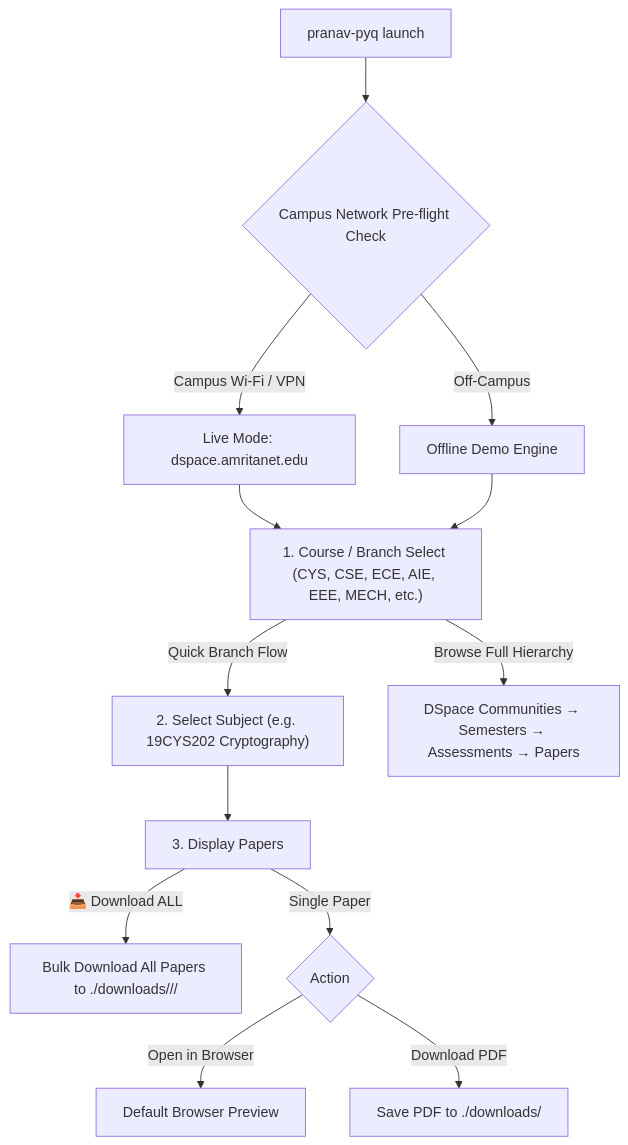
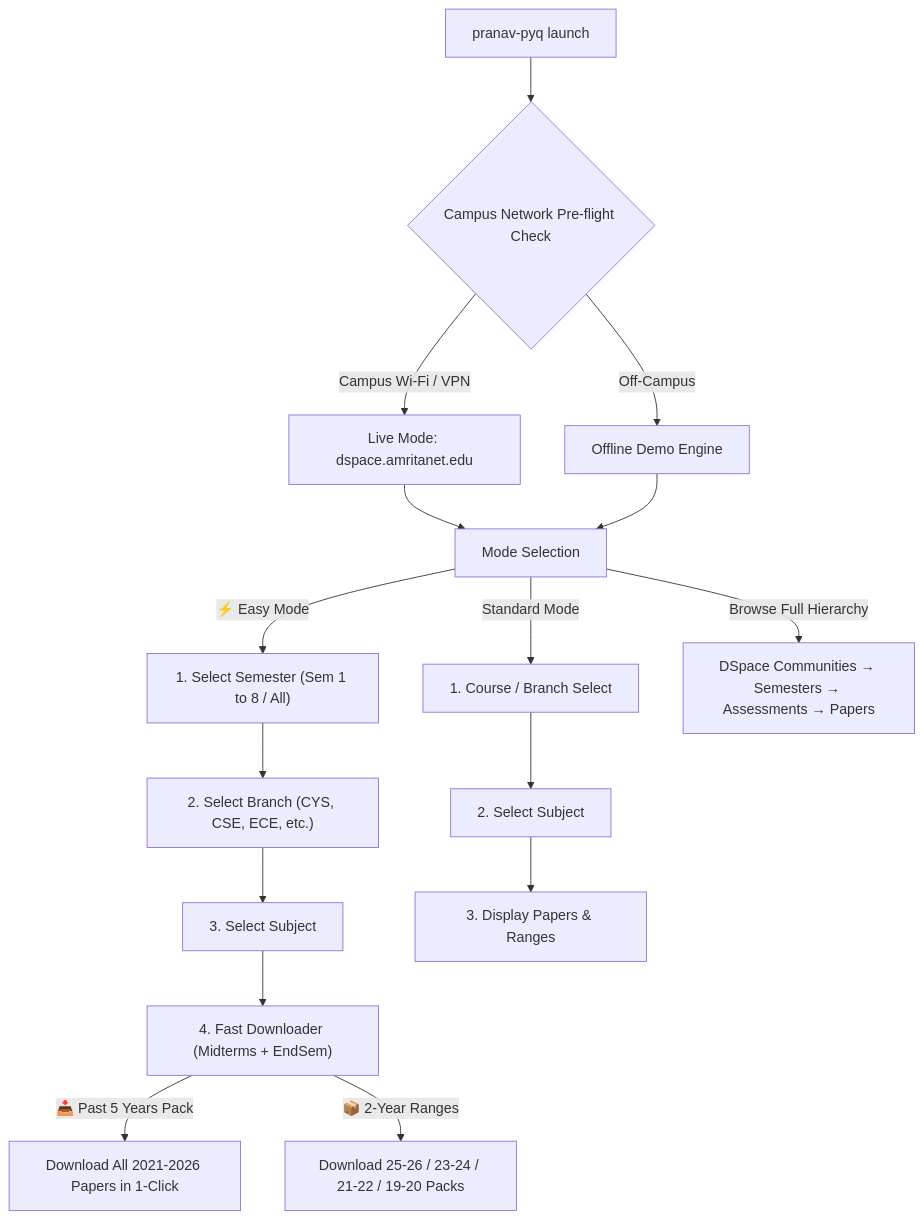
One commit to pkpranav-projects/PRANAV-PYQ-FETCHER-AMRITA changed the diagram in docs/index.md. Above: the diagram before and after it, drawn with Mermaid. The commit also changed other lines of this file and 5 other files, not shown here.

Commit message:
feat: add Easy Mode for bulk downloading past 5 years papers and 2-year range packs

````diff
--- a/docs/index.md
+++ b/docs/index.md
@@ -79,18 +80,22 @@
 ```mermaid
 flowchart TD
     A["pranav-pyq launch"] --> B{"Campus Network Pre-flight Check"}
     B -->|"Campus Wi-Fi / VPN"| C["Live Mode: dspace.amritanet.edu"]
     B -->|"Off-Campus"| D["Offline Demo Engine"]
     
-    C --> M1["1. Course / Branch Select (CYS, CSE, ECE, AIE, EEE, MECH, etc.)"]
-    D --> M1
+    C --> M0["Mode Selection"]
+    D --> M0
+
+    M0 -->|"⚡ Easy Mode"| E1["1. Select Semester (Sem 1 to 8 / All)"]
+    E1 --> E2["2. Select Branch (CYS, CSE, ECE, etc.)"]
+    E2 --> E3["3. Select Subject"]
+    E3 --> E4["4. Fast Downloader (Midterms + EndSem)"]
+    E4 -->|"📥 Past 5 Years Pack"| D5["Download All 2021-2026 Papers in 1-Click"]
+    E4 -->|"📦 2-Year Ranges"| D2["Download 25-26 / 23-24 / 21-22 / 19-20 Packs"]
+
+    M0 -->|"Standard Mode"| M1["1. Course / Branch Select"]
+    M1 --> M2["2. Select Subject"]
+    M2 --> M3["3. Display Papers & Ranges"]
     
-    M1 -->|"Quick Branch Flow"| M2["2. Select Subject (e.g. 19CYS202 Cryptography)"]
-    M2 --> M3["3. Display Papers"]
-    M3 -->|"📥 Download ALL"| BULK["Bulk Download All Papers to ./downloads/<Branch>/<Subject>/"]
-    M3 -->|"Single Paper"| ACT{"Action"}
-    ACT -->|"Open in Browser"| BROWSER["Default Browser Preview"]
-    ACT -->|"Download PDF"| DISK["Save PDF to ./downloads/"]
-    
-    M1 -->|"Browse Full Hierarchy"| H1["DSpace Communities → Semesters → Assessments → Papers"]
+    M0 -->|"Browse Full Hierarchy"| H1["DSpace Communities → Semesters → Assessments → Papers"]
 ```
````
